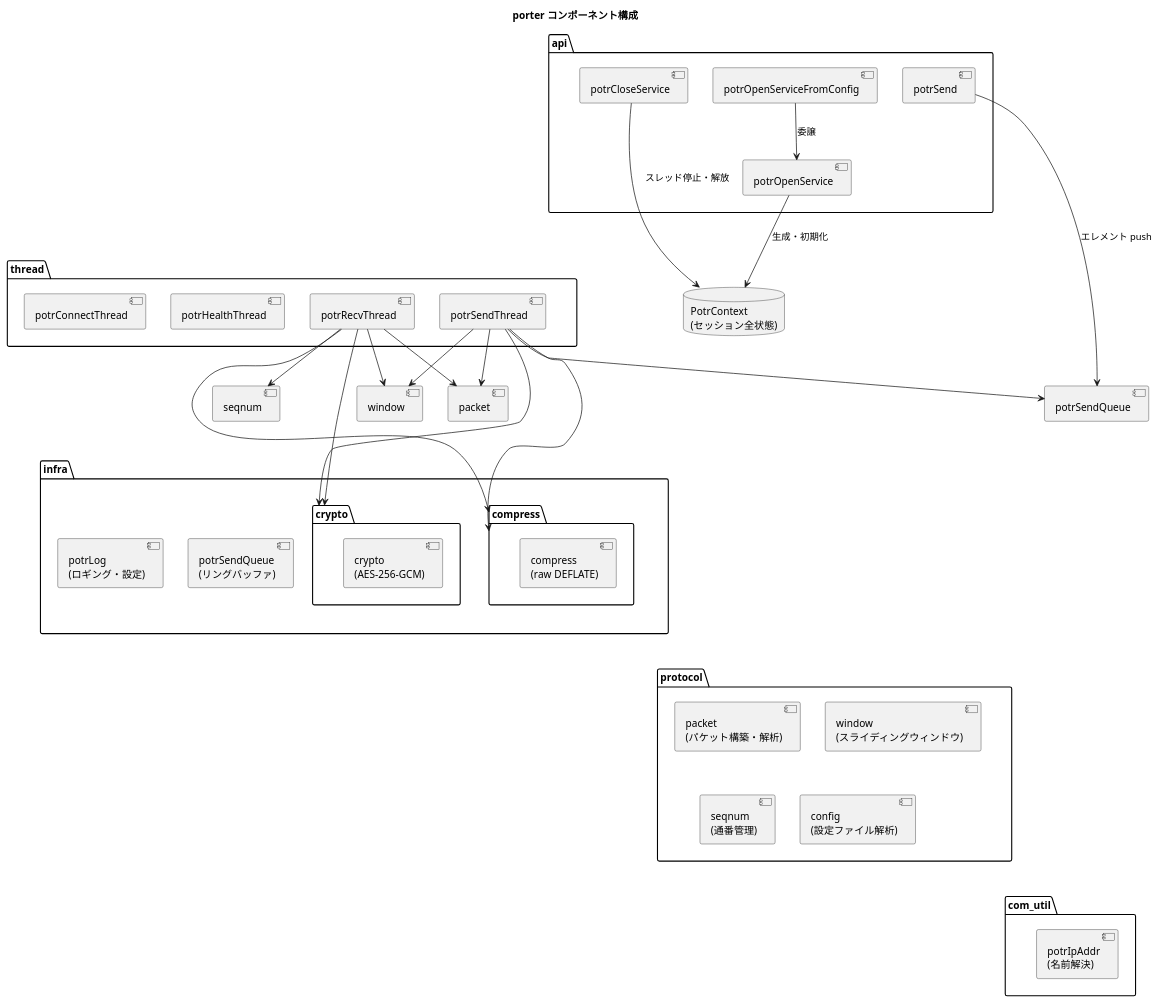
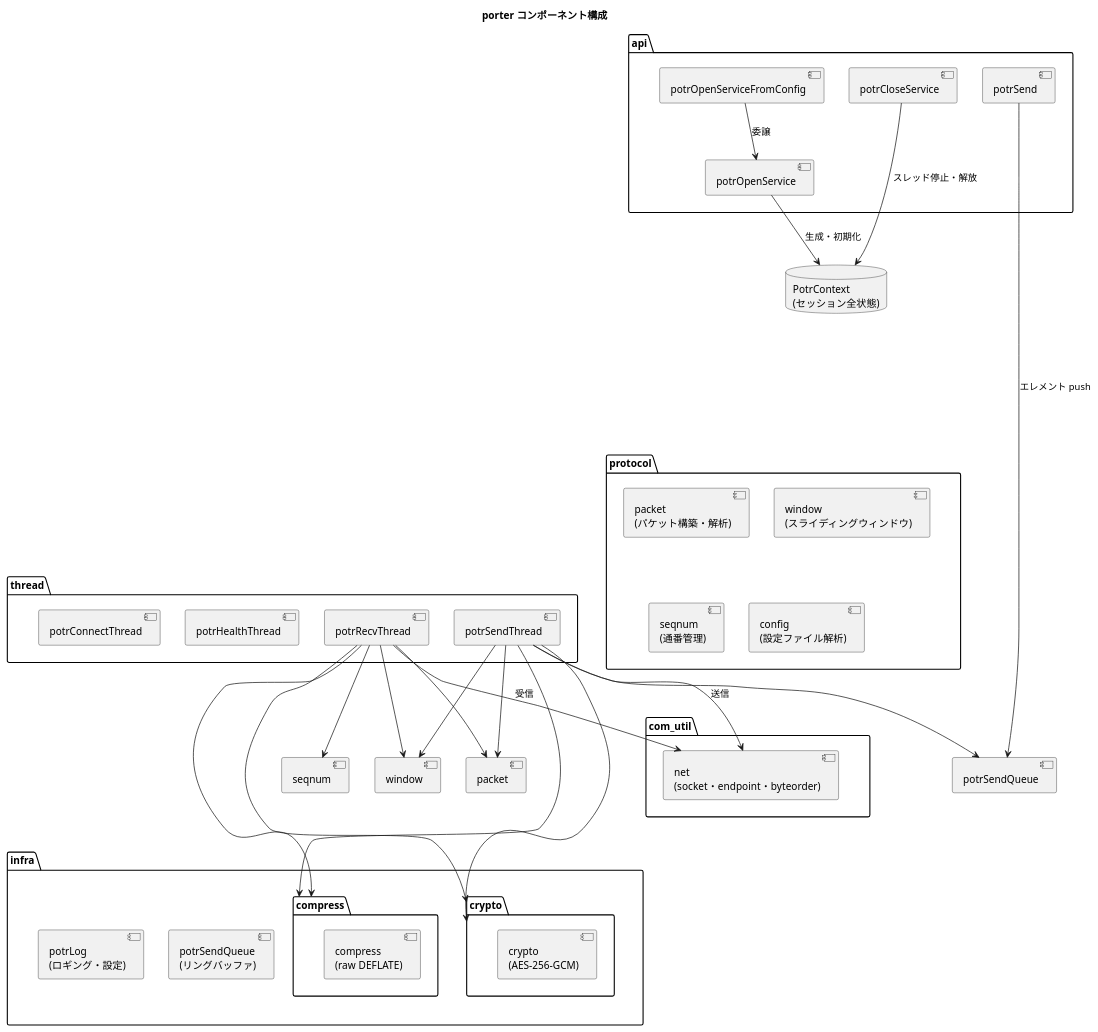
The sixth of 6 diagrams in docs/architecture.md (Hondarer/app_porter), drawn with PlantUML before and after one commit. The commit also changed other lines of this file and 46 other files, not shown here.

````diff
--- a/docs/architecture.md
+++ b/docs/architecture.md
@@ -320,66 +320,68 @@
 ```plantuml
 @startuml
 title porter コンポーネント構成
 
 package "api" {
   [potrOpenService]
   [potrOpenServiceFromConfig]
   [potrSend]
   [potrCloseService]
 }
 
 package "thread" {
   [potrRecvThread]
   [potrSendThread]
   [potrHealthThread]
   [potrConnectThread]
 }
 
 package "protocol" {
   [packet\n(パケット構築・解析)]
   [window\n(スライディングウィンドウ)]
   [seqnum\n(通番管理)]
   [config\n(設定ファイル解析)]
 }
 
 package "infra" {
   [potrSendQueue\n(リングバッファ)]
   [potrLog\n(ロギング・設定)]
   package "compress" {
     [compress\n(raw DEFLATE)]
   }
   package "crypto" {
     [crypto\n(AES-256-GCM)]
   }
 }
 
 package "com_util" {
-  [potrIpAddr\n(名前解決)]
+  [net\n(socket・endpoint・byteorder)]
 }
 
 database "PotrContext\n(セッション全状態)" as CTX
 
 [potrOpenService] --> CTX : 生成・初期化
 [potrOpenServiceFromConfig] --> [potrOpenService] : 委譲
 [potrSend] --> [potrSendQueue] : エレメント push
 [potrCloseService] --> CTX : スレッド停止・解放
 
 [potrSendThread] --> [packet]
 [potrSendThread] --> [window]
 [potrSendThread] --> [compress]
 [potrSendThread] --> [crypto]
 [potrSendThread] --> [potrSendQueue]
+[potrSendThread] --> [net\n(socket・endpoint・byteorder)] : 送信
 
 [potrRecvThread] --> [packet]
 [potrRecvThread] --> [window]
 [potrRecvThread] --> [seqnum]
 [potrRecvThread] --> [compress]
 [potrRecvThread] --> [crypto]
+[potrRecvThread] --> [net\n(socket・endpoint・byteorder)] : 受信
 
 api -[hidden]--thread
 thread -[hidden]-- infra
 api -[hidden]----- protocol
 protocol -[hidden]--com_util
 
 @enduml
 ```
````
